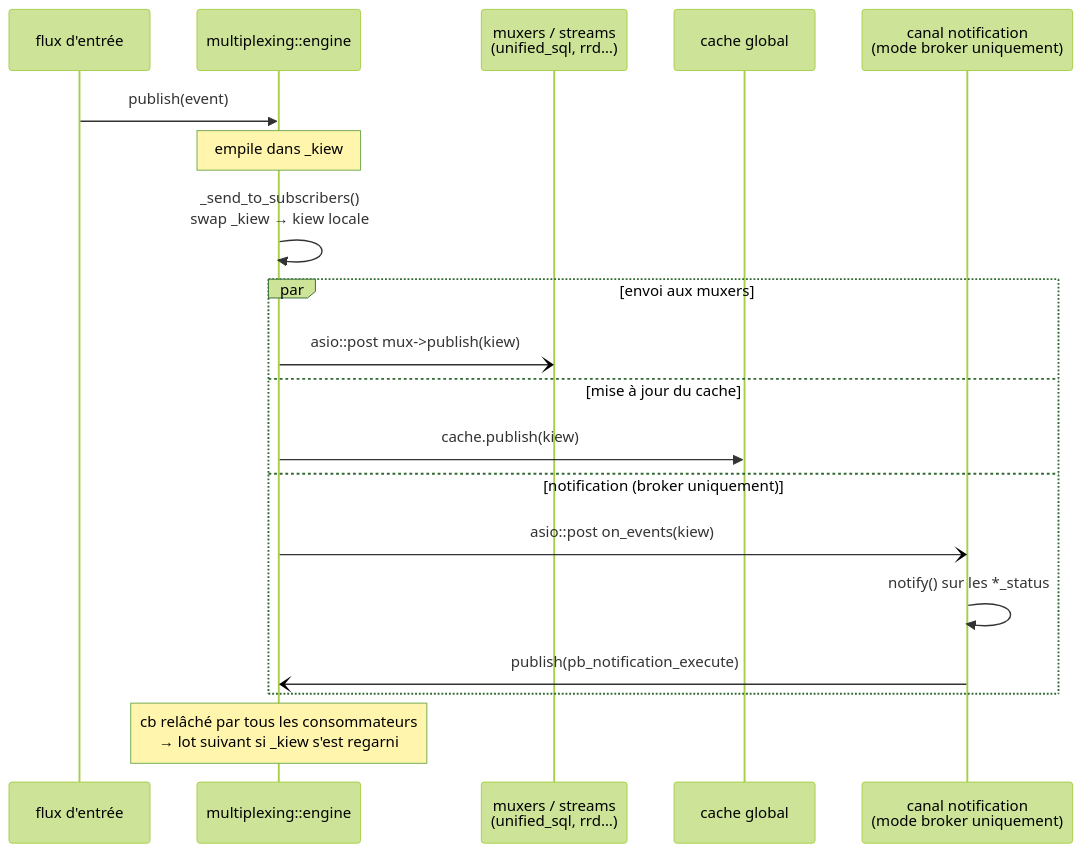
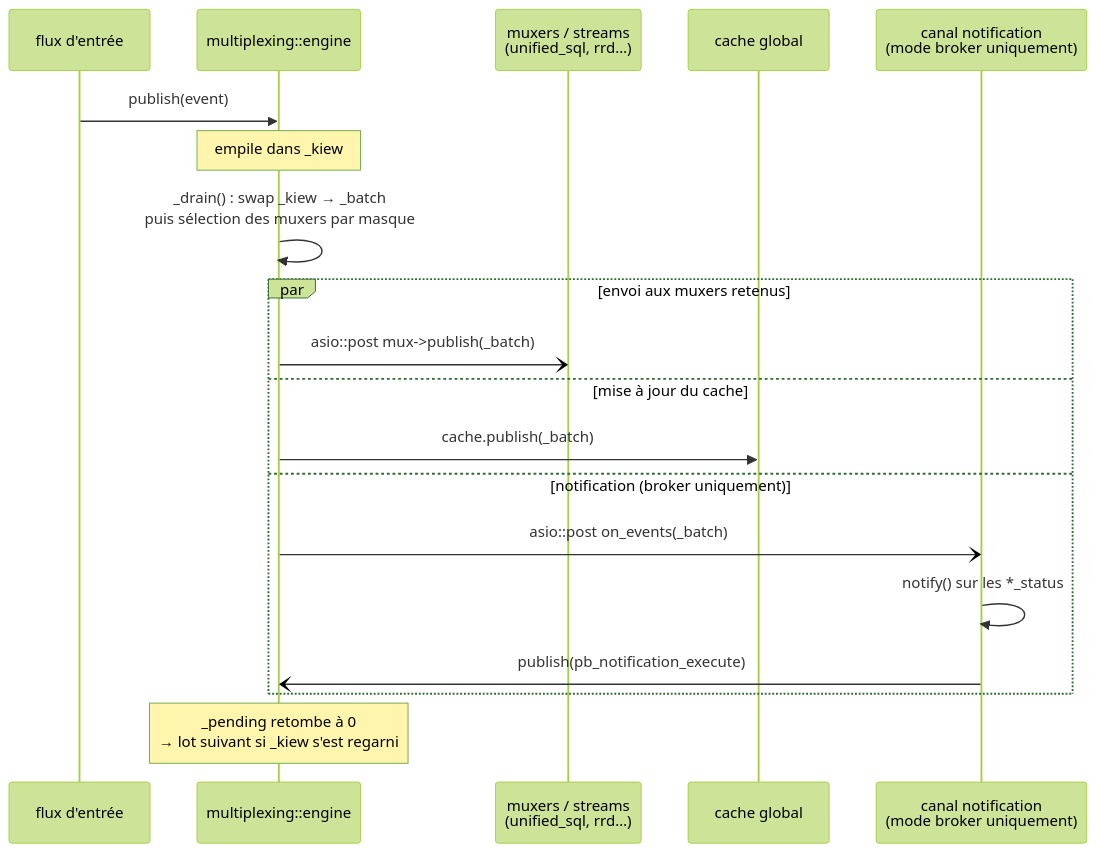
Before and after one commit to centreon/centreon-collect: diagram 38 of 41 in doc/nego-engine-broker-fr.md, drawn with Mermaid (forest theme). The commit also changed other lines of this file and 1 other file, not shown here.

````diff
--- a/doc/nego-engine-broker-fr.md
+++ b/doc/nego-engine-broker-fr.md
@@ -3436,21 +3436,21 @@
 ```mermaid
 sequenceDiagram
     participant IN as flux d'entrée
     participant E as multiplexing::engine
     participant MUX as muxers / streams<br/>(unified_sql, rrd…)
     participant CACHE as cache global
     participant NOTIF as canal notification<br/>(mode broker uniquement)
     IN->>E: publish(event)
     Note over E: empile dans _kiew
-    E->>E: _send_to_subscribers()<br/>swap _kiew → kiew locale
-    par envoi aux muxers
-        E-)MUX: asio::post mux->publish(kiew)
+    E->>E: _drain() : swap _kiew → _batch<br/>puis sélection des muxers par masque
+    par envoi aux muxers retenus
+        E-)MUX: asio::post mux->publish(_batch)
     and mise à jour du cache
-        E->>CACHE: cache.publish(kiew)
+        E->>CACHE: cache.publish(_batch)
     and notification (broker uniquement)
-        E-)NOTIF: asio::post on_events(kiew)
+        E-)NOTIF: asio::post on_events(_batch)
         NOTIF->>NOTIF: notify() sur les *_status
         NOTIF-)E: publish(pb_notification_execute)
     end
-    Note over E: cb relâché par tous les consommateurs<br/>→ lot suivant si _kiew s'est regarni
+    Note over E: _pending retombe à 0<br/>→ lot suivant si _kiew s'est regarni
 ```
````
